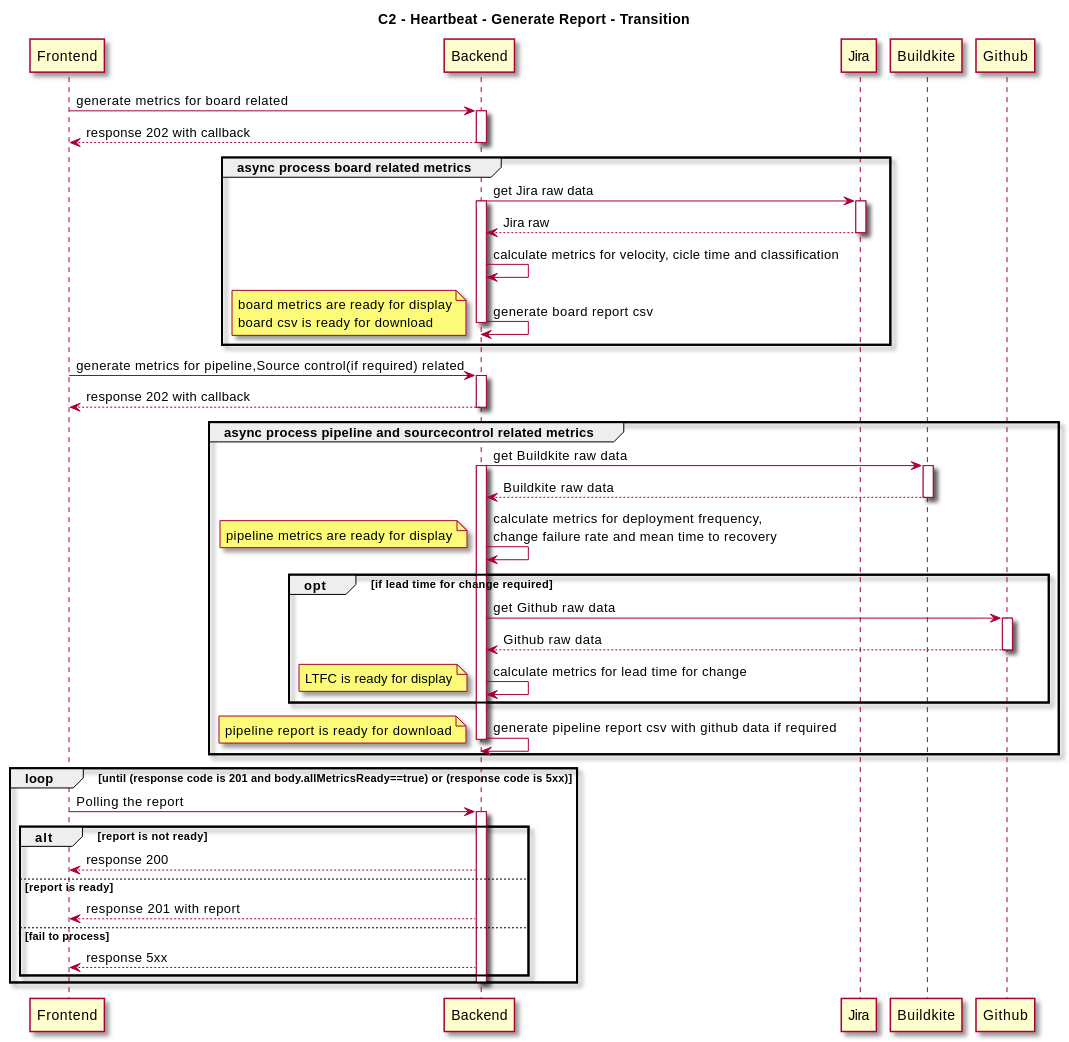
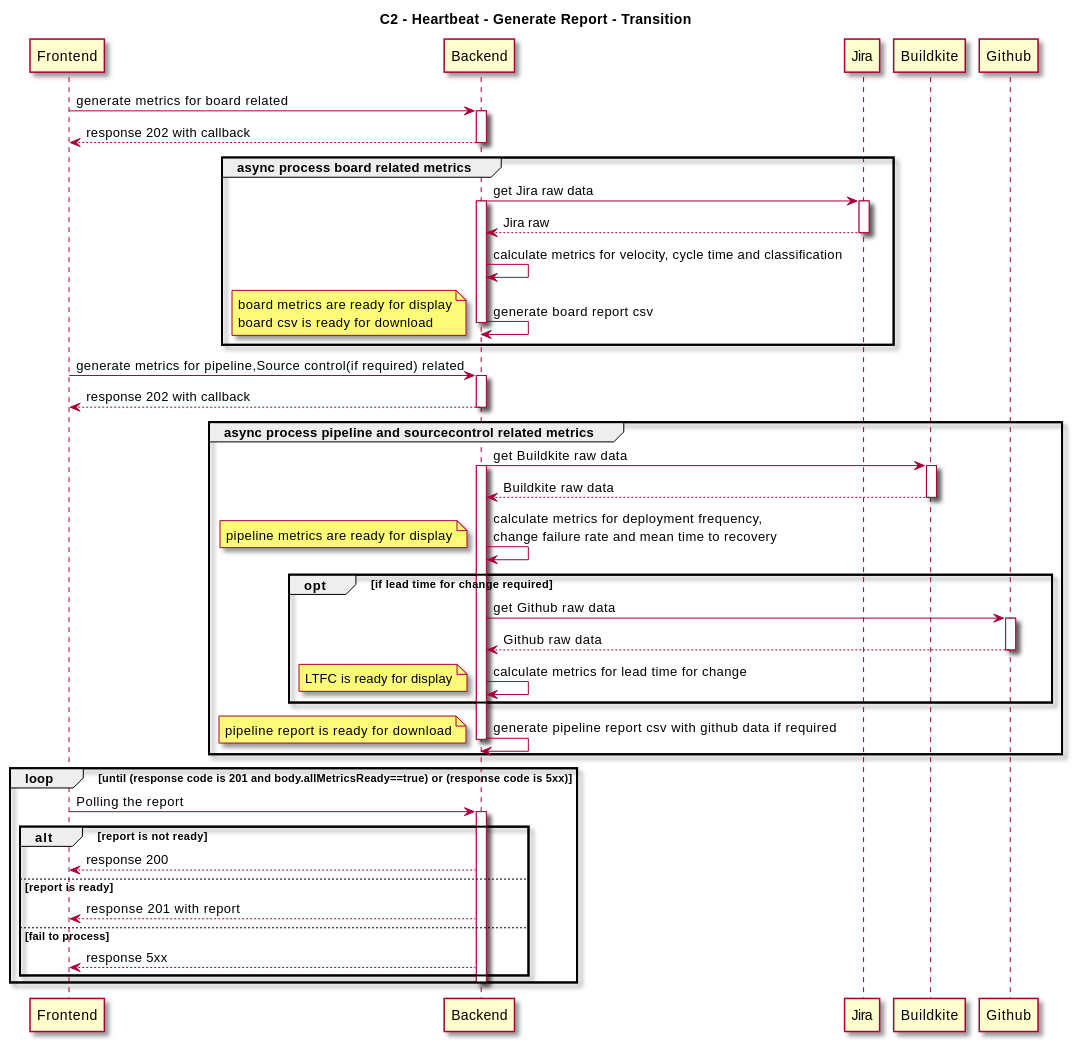
Before and after one commit to thoughtworks/HeartBeat: the third of 3 diagrams in docs/src/content/docs/en/designs/refinement-on-generate-report.mdx, drawn with PlantUML. The commit also changed other lines of this file and 12 other files, not shown here.

First line of the commit message:
ADM-735:[backend]feat: calculate error info from three parts and not throw 401,403,404 exception when generate report (#911)

````diff
--- a/docs/src/content/docs/en/designs/refinement-on-generate-report.mdx
+++ b/docs/src/content/docs/en/designs/refinement-on-generate-report.mdx
@@ -190,77 +190,77 @@
 ```plantuml
 @startuml report
 skin rose
 title C2 - Heartbeat - Generate Report - Transition
 participant Frontend
 participant Backend
 participant Jira
 participant Buildkite
 participant Github
 
 Frontend -> Backend: generate metrics for board related
 activate Backend
 Backend --> Frontend: response 202 with callback
 deactivate Backend
 
 group async process board related metrics
     Backend -> Jira: get Jira raw data
     activate Backend
     activate Jira
     Jira --> Backend: Jira raw 
     deactivate Jira
-    Backend -> Backend: calculate metrics for velocity, cicle time and classification
+    Backend -> Backend: calculate metrics for velocity, cycle time and classification
     Backend -> Backend: generate board report csv
     deactivate Backend
     note left
         board metrics are ready for display
         board csv is ready for download
     end note
 end
 
 Frontend -> Backend: generate metrics for pipeline,Source control(if required) related
 activate Backend
 Backend --> Frontend: response 202 with callback
 deactivate Backend
 
 group async process pipeline and sourcecontrol related metrics
     Backend -> Buildkite: get Buildkite raw data
     activate Backend
     activate Buildkite
     Buildkite --> Backend: Buildkite raw data
     deactivate Buildkite
     Backend -> Backend: calculate metrics for deployment frequency, \nchange failure rate and mean time to recovery
     note left
         pipeline metrics are ready for display
     end note
     opt if lead time for change required
         Backend -> Github: get Github raw data
         activate  Github
         Github --> Backend: Github raw data
         deactivate Github
         Backend -> Backend: calculate metrics for lead time for change
         note left
             LTFC is ready for display
         end note
     end
     Backend -> Backend: generate pipeline report csv with github data if required
     note left
         pipeline report is ready for download
     end note
     deactivate Backend
 end
 
 
 loop until (response code is 201 and body.allMetricsReady==true) or (response code is 5xx) 
     Frontend -> Backend: Polling the report
     activate Backend
     alt report is not ready
         Backend --> Frontend: response 200
     else report is ready
         Backend --> Frontend: response 201 with report
     else fail to process 
         Backend --> Frontend: response 5xx
     end
     deactivate Backend
 end 
 @enduml
 ```
````
